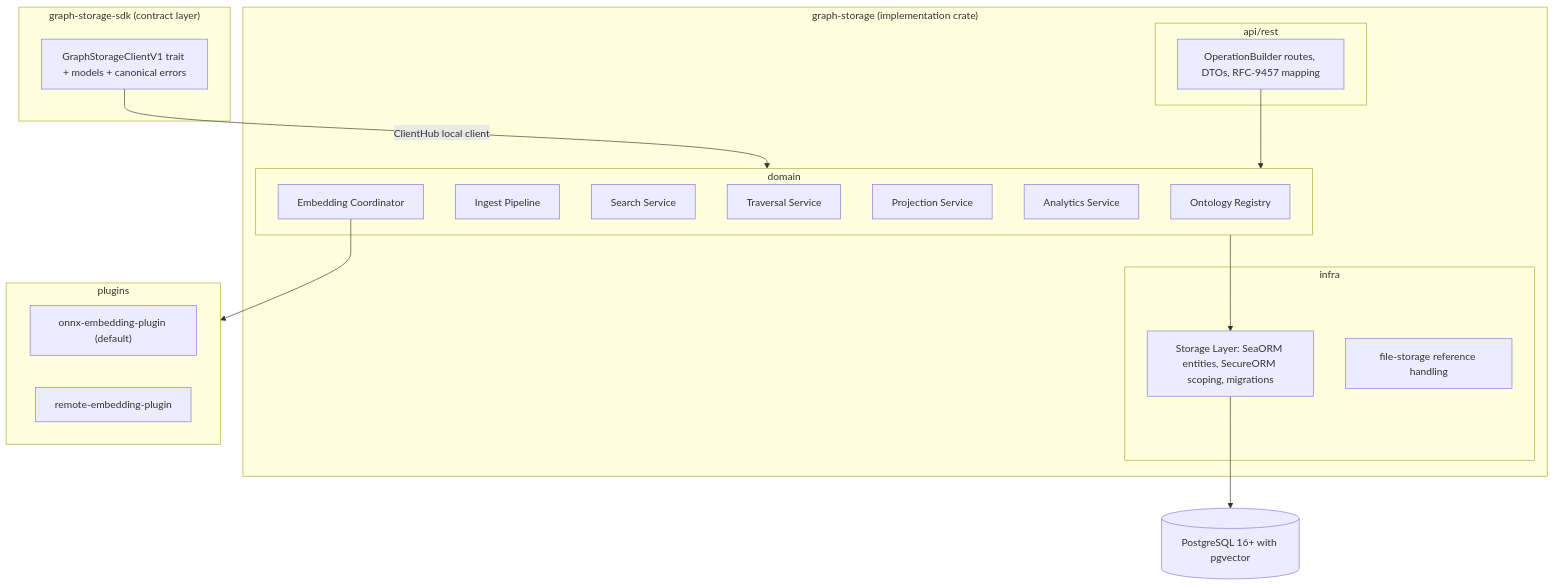
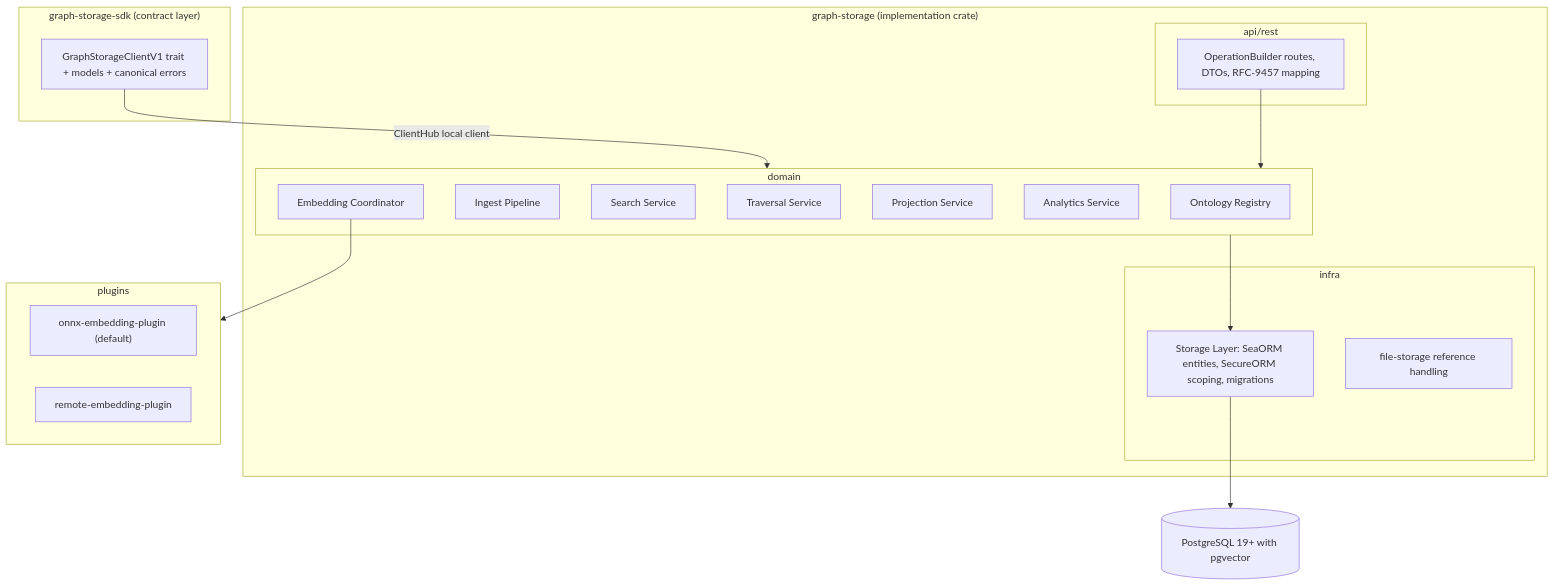
Before and after one commit to asmith987/gears-rust: the first of 2 diagrams in gears/graph-storage/docs/DESIGN.md, drawn with Mermaid. The commit also changed other lines of this file and 3 other files, not shown here.

First line of the commit message:
docs(graph-storage): commit to PostgreSQL 19 baseline with SQL/PGQ active from v1

````diff
--- a/gears/graph-storage/docs/DESIGN.md
+++ b/gears/graph-storage/docs/DESIGN.md
@@ -100,35 +100,35 @@
 ```mermaid
 flowchart TD
     subgraph SDK["graph-storage-sdk (contract layer)"]
         CLIENT["GraphStorageClientV1 trait + models + canonical errors"]
     end
     subgraph MAIN["graph-storage (implementation crate)"]
         subgraph API["api/rest"]
             REST["OperationBuilder routes, DTOs, RFC-9457 mapping"]
         end
         subgraph DOMAIN["domain"]
             REG["Ontology Registry"]
             ING["Ingest Pipeline"]
             SRCH["Search Service"]
             TRAV["Traversal Service"]
             PROJ["Projection Service"]
             ANA["Analytics Service"]
             EMB["Embedding Coordinator"]
         end
         subgraph INFRA["infra"]
             STORE["Storage Layer: SeaORM entities, SecureORM scoping, migrations"]
             FS["file-storage reference handling"]
         end
     end
     subgraph PLUGINS["plugins"]
         ONNX["onnx-embedding-plugin (default)"]
         REMOTE["remote-embedding-plugin"]
     end
-    PG[("PostgreSQL 16+ with pgvector")]
+    PG[("PostgreSQL 19+ with pgvector")]
 
     CLIENT -->|ClientHub local client| DOMAIN
     REST --> DOMAIN
     DOMAIN --> STORE
     EMB --> PLUGINS
     STORE --> PG
 ```
````
